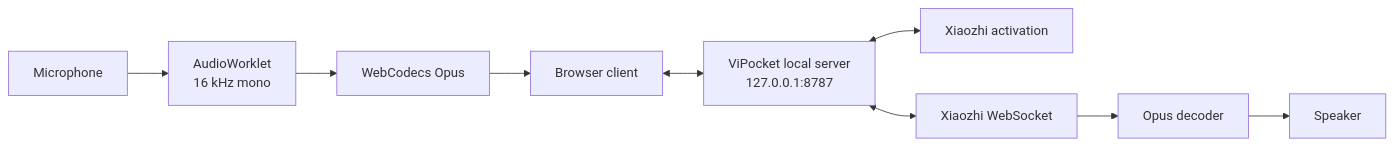
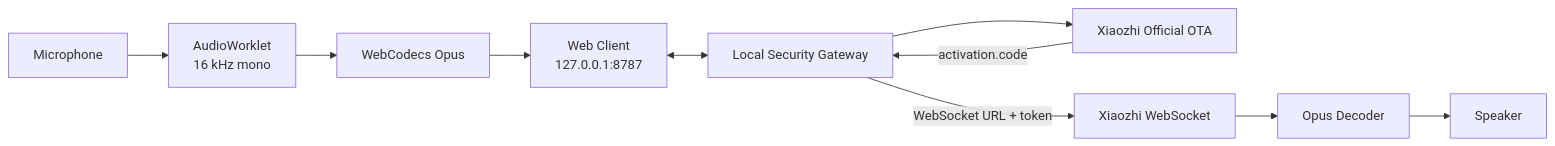
Before and after one commit to Base27-CVNSS/ViPocket-Xiaozhi: the first of 3 diagrams in README.en.md, drawn with Mermaid. The commit also changed other lines of this file and 3 other files, not shown here.

First line of the commit message:
docs: finalize ViPocket 2.3 official-cloud Windows release

````diff
--- a/README.en.md
+++ b/README.en.md
@@ -52,11 +116,12 @@
 ```mermaid
 flowchart LR
     MIC[Microphone] --> AW[AudioWorklet\n16 kHz mono]
-    AW --> ENC[WebCodecs Opus]
-    ENC --> WEB[Browser client]
-    WEB <--> LOCAL[ViPocket local server\n127.0.0.1:8787]
-    LOCAL <--> OTA[Xiaozhi activation]
-    LOCAL <--> WS[Xiaozhi WebSocket]
-    WS --> DEC[Opus decoder]
+    AW --> OPUS[WebCodecs Opus]
+    OPUS --> WEB[Web Client\n127.0.0.1:8787]
+    WEB <--> GW[Local Security Gateway]
+    GW --> OTA[Xiaozhi Official OTA]
+    OTA -->|activation.code| GW
+    GW -->|WebSocket URL + token| XWS[Xiaozhi WebSocket]
+    XWS --> DEC[Opus Decoder]
     DEC --> SPK[Speaker]
 ```
````
